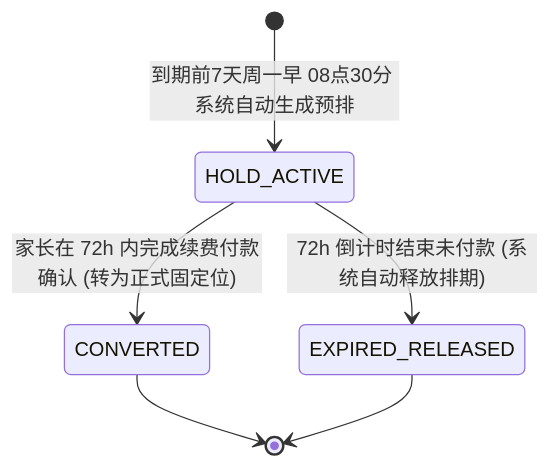
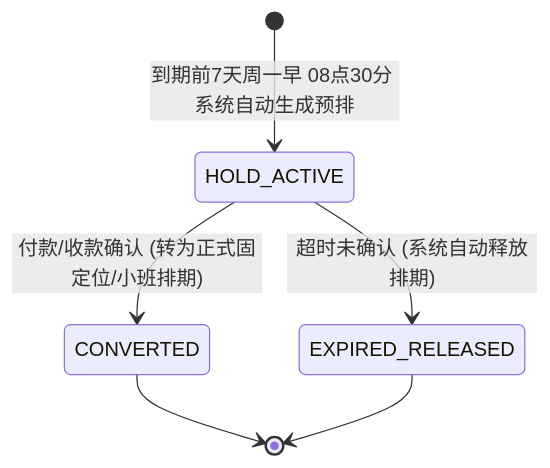
One commit to Onezao/dream changed the diagram in docs/prd/m3a_calendar_grid.md. Above: the diagram before and after it, drawn with Mermaid. The commit also changed other lines of this file and 6 other files, not shown here.

````diff
--- a/docs/prd/m3a_calendar_grid.md
+++ b/docs/prd/m3a_calendar_grid.md
@@ -251,8 +251,8 @@
 ```mermaid
 stateDiagram-v2
     [*] --> HOLD_ACTIVE: 到期前7天周一早 08点30分 系统自动生成预排
-    HOLD_ACTIVE --> CONVERTED: 家长在 72h 内完成续费付款确认 (转为正式固定位)
-    HOLD_ACTIVE --> EXPIRED_RELEASED: 72h 倒计时结束未付款 (系统自动释放排期)
+    HOLD_ACTIVE --> CONVERTED: 付款/收款确认 (转为正式固定位/小班排期)
+    HOLD_ACTIVE --> EXPIRED_RELEASED: 超时未确认 (系统自动释放排期)
     CONVERTED --> [*]
     EXPIRED_RELEASED --> [*]
 ```
````
